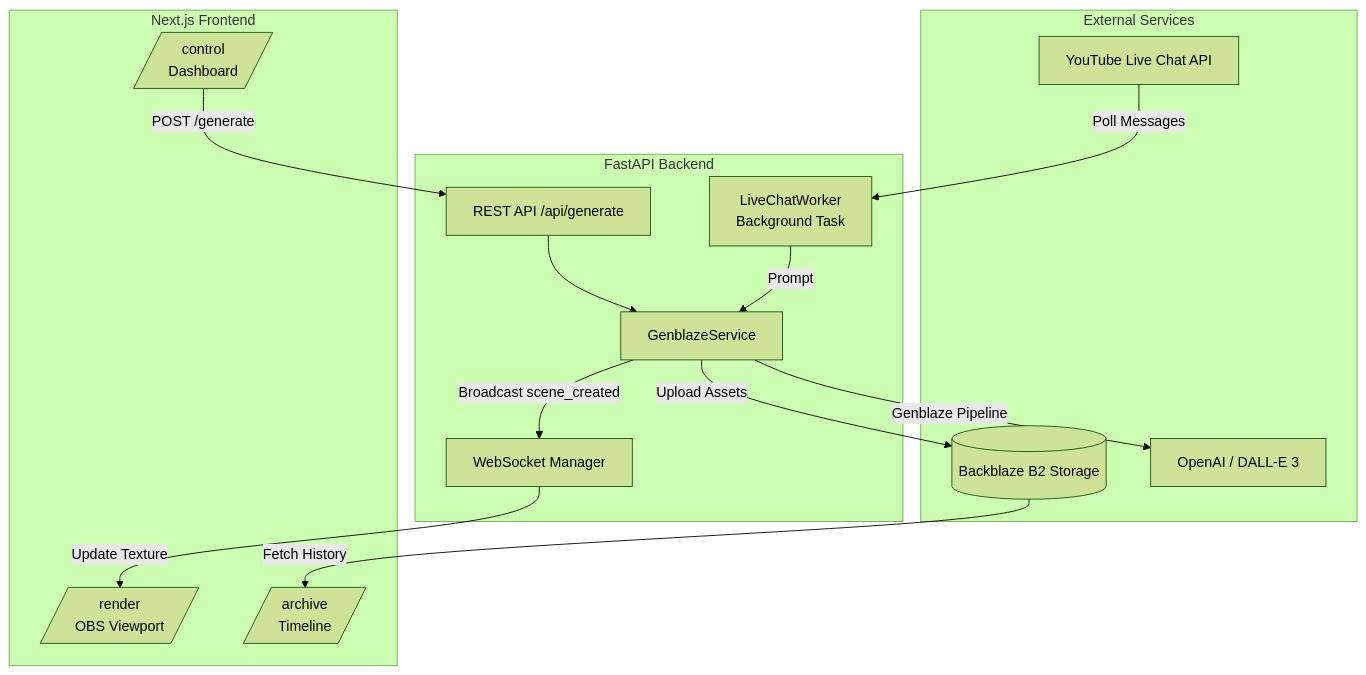
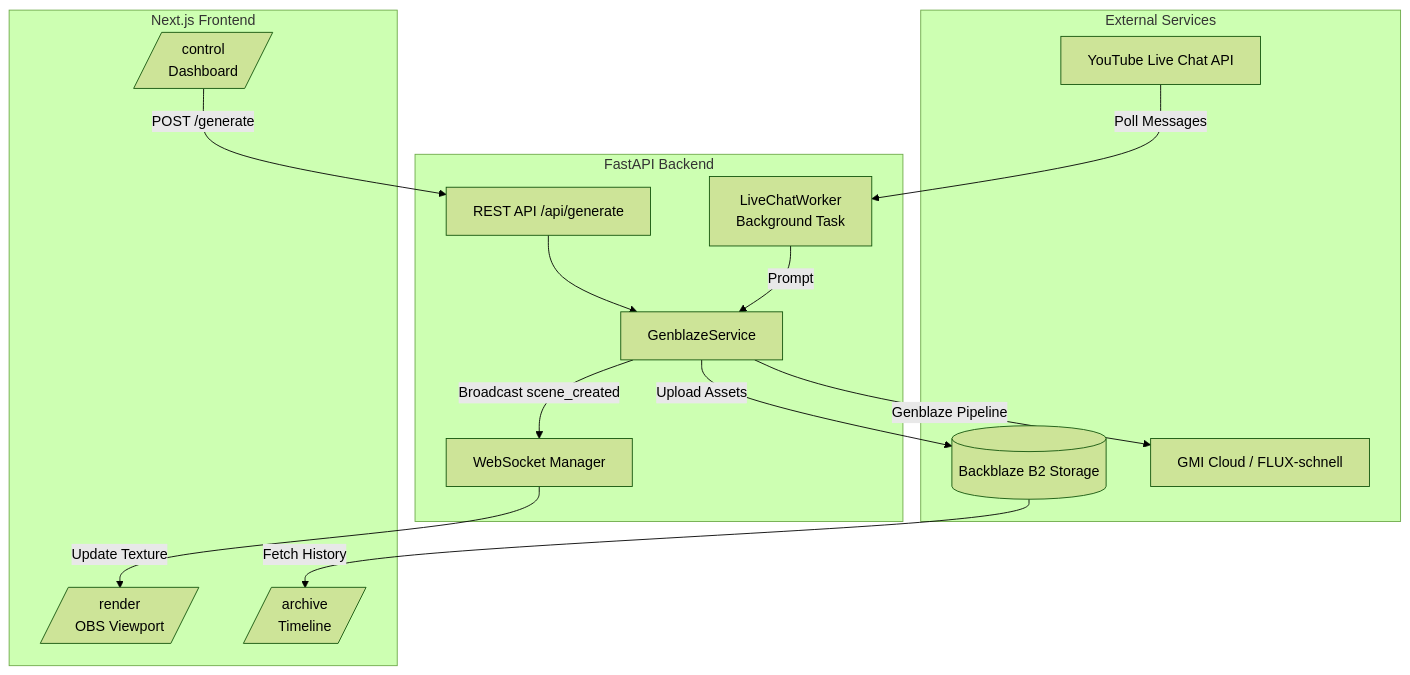
Before and after one commit to lmquan1990/crowdvj: the diagram in README.md, drawn with Mermaid (forest theme). The commit also changed 1 other file, not shown here.

Commit message:
final n lan

````diff
--- a/README.md
+++ b/README.md
@@ -17,31 +17,31 @@
 ```mermaid
 graph TD
     subgraph "External Services"
         YTChat[YouTube Live Chat API]
-        OpenAI[OpenAI / DALL-E 3]
+        OpenAI[GMI Cloud / FLUX-schnell]
         B2[(Backblaze B2 Storage)]
     end
 
     subgraph "FastAPI Backend"
         Worker[LiveChatWorker<br/>Background Task]
         GenService[GenblazeService]
         WS[WebSocket Manager]
         API[REST API /api/generate]
     end
 
     subgraph "Next.js Frontend"
         Control[/control<br/>Dashboard/]
         Render[/render<br/>OBS Viewport/]
         Archive[/archive<br/>Timeline/]
     end
 
     YTChat -->|Poll Messages| Worker
     Worker -->|Prompt| GenService
     Control -->|POST /generate| API
     API --> GenService
     GenService -->|Genblaze Pipeline| OpenAI
     GenService -->|Upload Assets| B2
     GenService -->|Broadcast scene_created| WS
     WS -->|Update Texture| Render
     B2 -->|Fetch History| Archive
 ```
````
